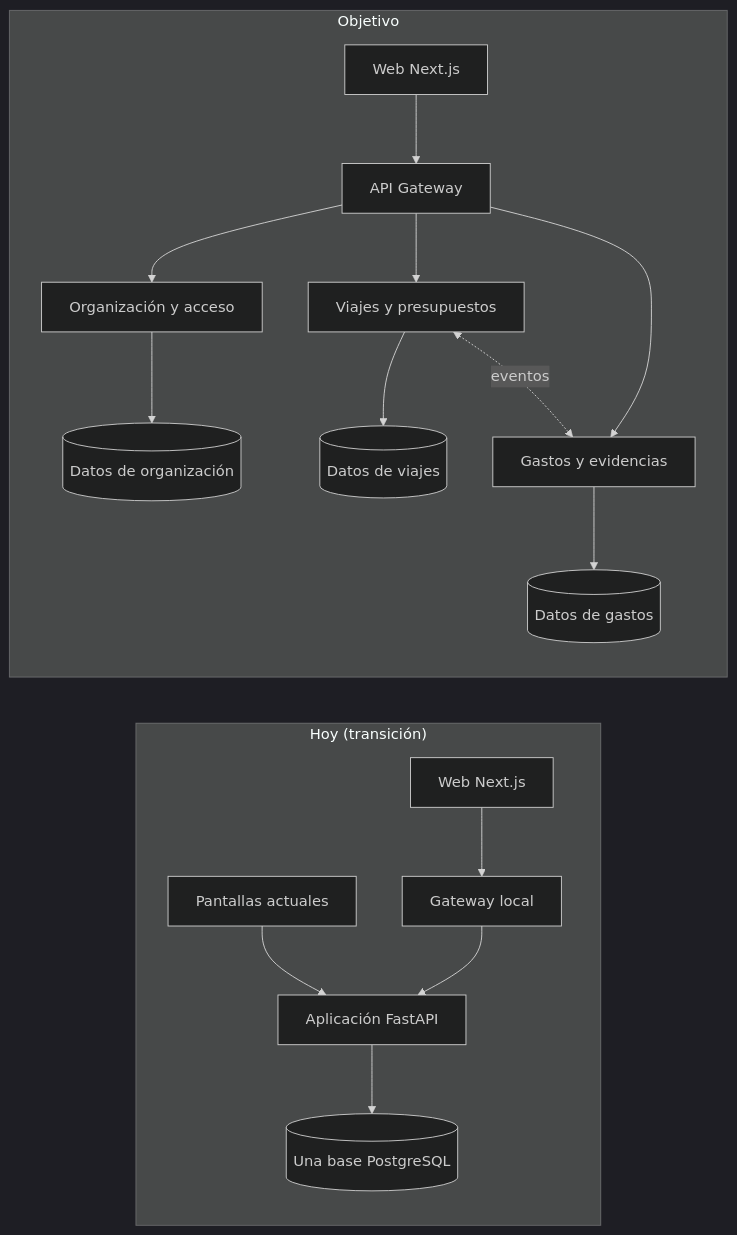
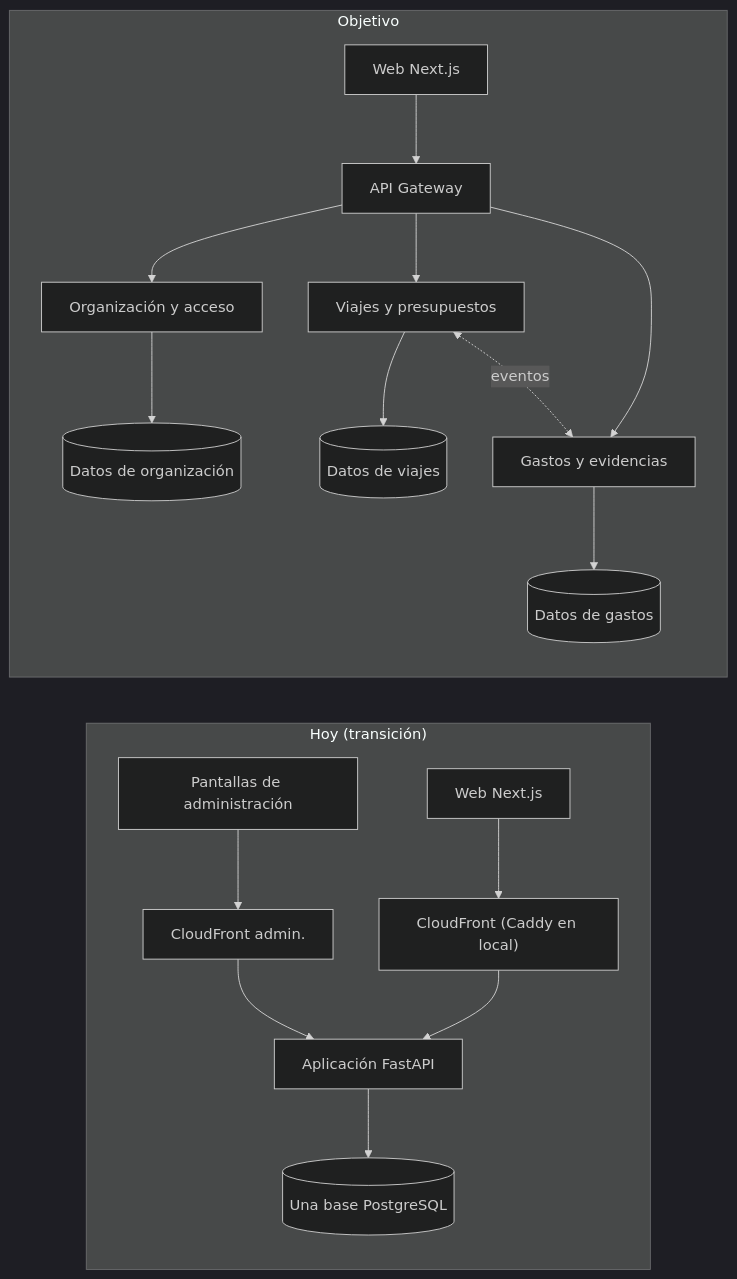
The diagram in docs/arquitectura_objetivo.md (NatoRemolina/operacion-proyectos), drawn with Mermaid (dark theme) before and after one commit. The commit also changed other lines of this file and 7 other files, not shown here.

````diff
--- a/docs/arquitectura_objetivo.md
+++ b/docs/arquitectura_objetivo.md
@@ -9,15 +9,15 @@
 ```mermaid
 flowchart LR
   subgraph Hoy["Hoy (transición)"]
-    W1["Pantallas actuales"] --> A["Aplicación FastAPI"]
-    N1["Web Next.js"] --> G1["Gateway local"] --> A
+    W1["Pantallas de administración"] --> C1["CloudFront admin."] --> A["Aplicación FastAPI"]
+    N1["Web Next.js"] --> G1["CloudFront (Caddy en local)"] --> A
     A --> B[("Una base PostgreSQL")]
   end
   subgraph Objetivo["Objetivo"]
     N2["Web Next.js"] --> G2["API Gateway"]
     G2 --> O["Organización y acceso"] --> BO[("Datos de organización")]
     G2 --> V["Viajes y presupuestos"] --> BV[("Datos de viajes")]
     G2 --> E["Gastos y evidencias"] --> BE[("Datos de gastos")]
     V <-. "eventos" .-> E
   end
 ```
````
